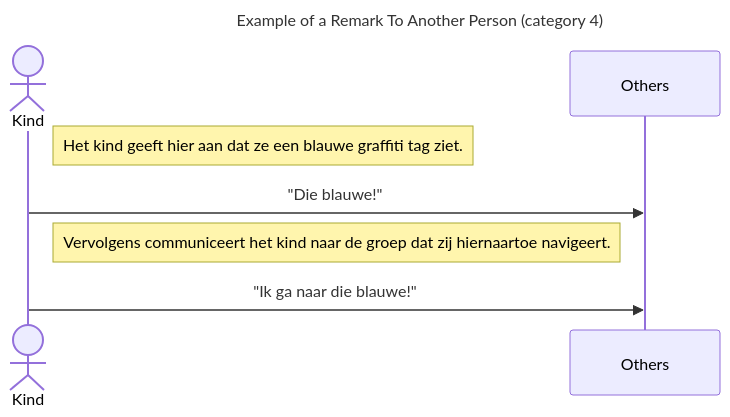
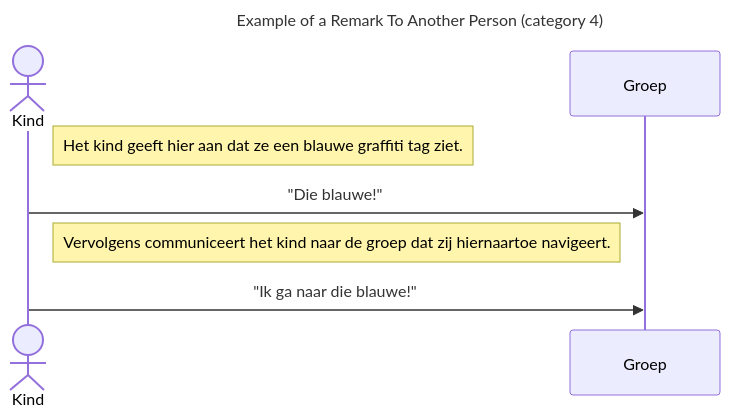
Before and after one commit to Dionysi/AnnotationTool-Release: the fourth of 7 diagrams in Annotation-rules-refactor.md, drawn with Mermaid. The commit also changed other lines of this file, not shown here.

````diff
--- a/Annotation-rules-refactor.md
+++ b/Annotation-rules-refactor.md
@@ -93,9 +93,9 @@
     ```mermaid
     sequenceDiagram
         title Example of a Remark To Another Person (category 4) 
         actor Kind
         Note right of Kind:  Het kind geeft hier aan dat ze een blauwe graffiti tag ziet.
-        Kind->>Others: "Die blauwe!"
+        Kind->>Groep: "Die blauwe!"
         Note right of Kind: Vervolgens communiceert het kind naar de groep dat zij hiernaartoe navigeert.
-        Kind->>Others: "Ik ga naar die blauwe!"
+        Kind->>Groep: "Ik ga naar die blauwe!"
     ```
````
